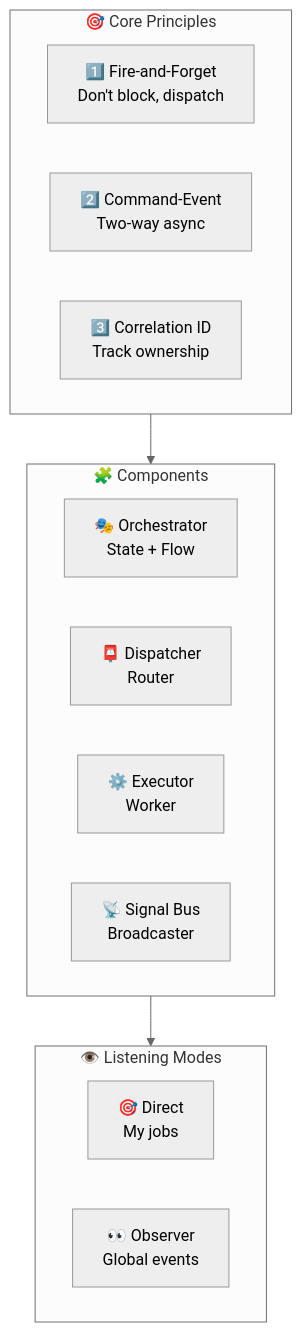
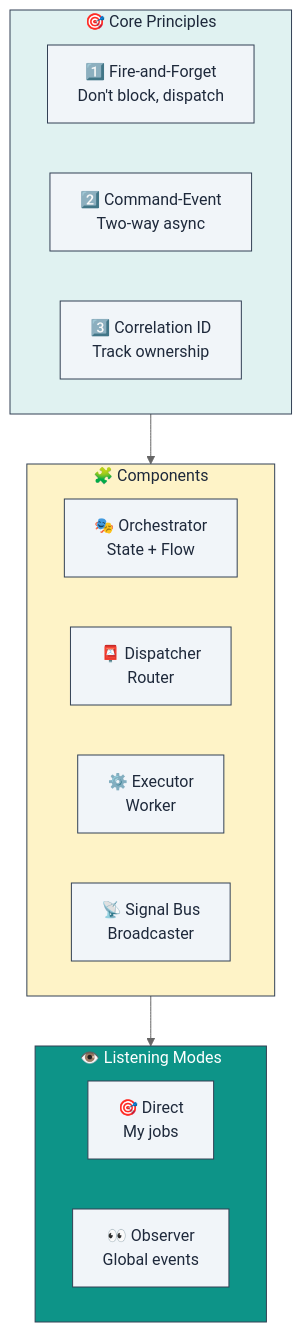
Diagram 11 of 11 in book/chapters/02_architecture_concepts.md (lploc94/flutter_orchestrator), drawn with Mermaid (neutral theme) before and after one commit. The commit also changed other lines of this file and 3 other files, not shown here.

````diff
--- a/book/chapters/02_architecture_concepts.md
+++ b/book/chapters/02_architecture_concepts.md
@@ -299,23 +351,36 @@
 ```mermaid
 flowchart TB
     subgraph Principles["🎯 Core Principles"]
         P1["1️⃣ Fire-and-Forget<br/>Don't block, dispatch"]
         P2["2️⃣ Command-Event<br/>Two-way async"]
         P3["3️⃣ Correlation ID<br/>Track ownership"]
     end
     
     subgraph Components["🧩 Components"]
         C1["🎭 Orchestrator<br/>State + Flow"]
         C2["📮 Dispatcher<br/>Router"]
         C3["⚙️ Executor<br/>Worker"]
         C4["📡 Signal Bus<br/>Broadcaster"]
     end
     
     subgraph Modes["👁️ Listening Modes"]
         M1["🎯 Direct<br/>My jobs"]
         M2["👀 Observer<br/>Global events"]
     end
     
     Principles --> Components
     Components --> Modes
+    
+    style Principles fill:#e0f2f1,stroke:#334155,color:#1e293b
+    style Components fill:#fef3c7,stroke:#334155,color:#1e293b
+    style Modes fill:#0d9488,stroke:#334155,color:#ffffff
+    style P1 fill:#f1f5f9,stroke:#334155,color:#1e293b
+    style P2 fill:#f1f5f9,stroke:#334155,color:#1e293b
+    style P3 fill:#f1f5f9,stroke:#334155,color:#1e293b
+    style C1 fill:#f1f5f9,stroke:#334155,color:#1e293b
+    style C2 fill:#f1f5f9,stroke:#334155,color:#1e293b
+    style C3 fill:#f1f5f9,stroke:#334155,color:#1e293b
+    style C4 fill:#f1f5f9,stroke:#334155,color:#1e293b
+    style M1 fill:#f1f5f9,stroke:#334155,color:#1e293b
+    style M2 fill:#f1f5f9,stroke:#334155,color:#1e293b
 ```
````
